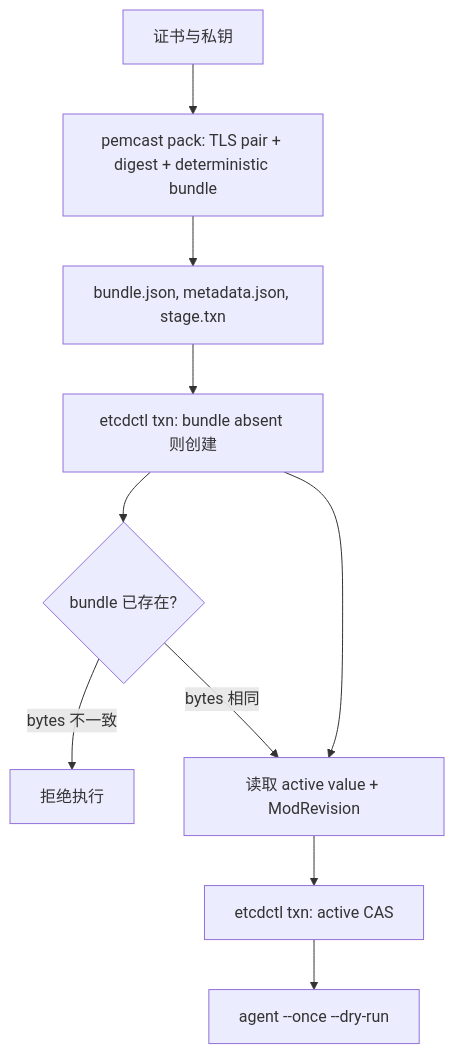
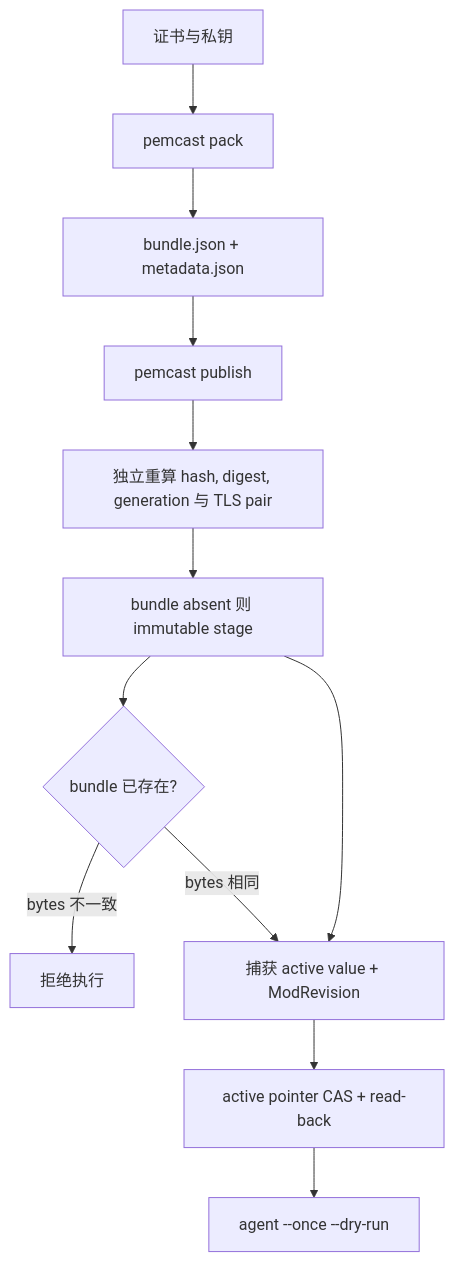
Before and after one commit to lwmacct/260907-pemcast: the diagram in .agents/skills/repo-deployment/references/publishing.md, drawn with Mermaid. The commit also changed other lines of this file and 20 other files, not shown here.

````diff
--- a/.agents/skills/repo-deployment/references/publishing.md
+++ b/.agents/skills/repo-deployment/references/publishing.md
@@ -12,12 +12,14 @@
 ```mermaid
 flowchart TD
-    material["证书与私钥"] --> pack["pemcast pack: TLS pair + digest + deterministic bundle"]
-    pack --> artifacts["bundle.json, metadata.json, stage.txn"]
-    artifacts --> stage["etcdctl txn: bundle absent 则创建"]
+    material["证书与私钥"] --> pack["pemcast pack"]
+    pack --> artifacts["bundle.json + metadata.json"]
+    artifacts --> publish["pemcast publish"]
+    publish --> validate["独立重算 hash, digest, generation 与 TLS pair"]
+    validate --> stage["bundle absent 则 immutable stage"]
     stage --> existing{"bundle 已存在?"}
     existing -->|"bytes 不一致"| stop["拒绝执行"]
-    existing -->|"bytes 相同"| capture["读取 active value + ModRevision"]
+    existing -->|"bytes 相同"| capture["捕获 active value + ModRevision"]
     stage --> capture
-    capture --> pointer["etcdctl txn: active CAS"]
+    capture --> pointer["active pointer CAS + read-back"]
     pointer --> dryrun["agent --once --dry-run"]
 ```
````
